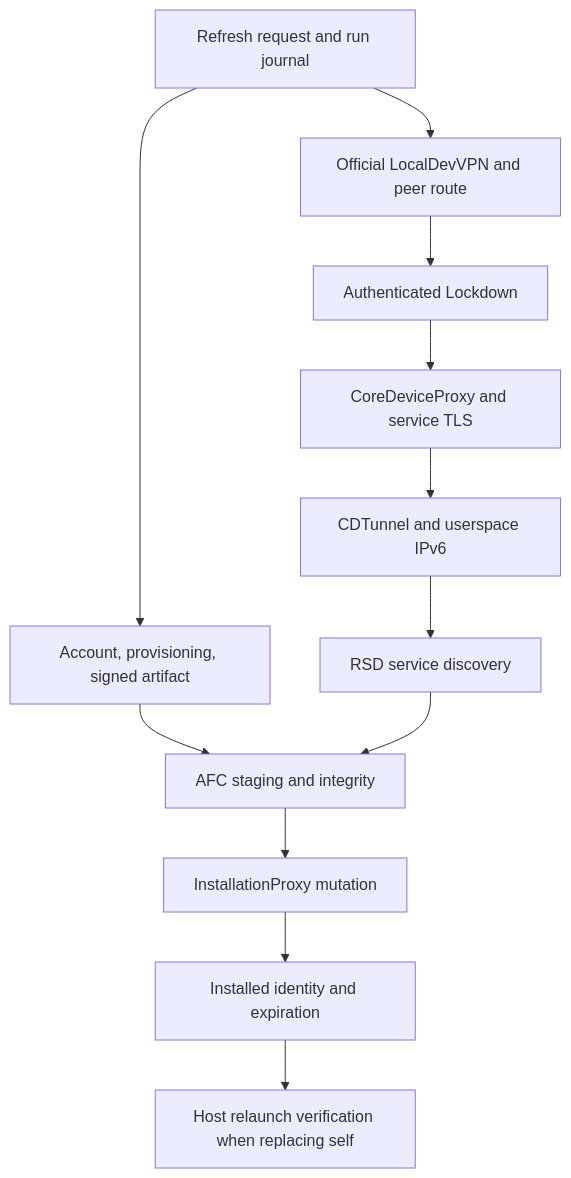
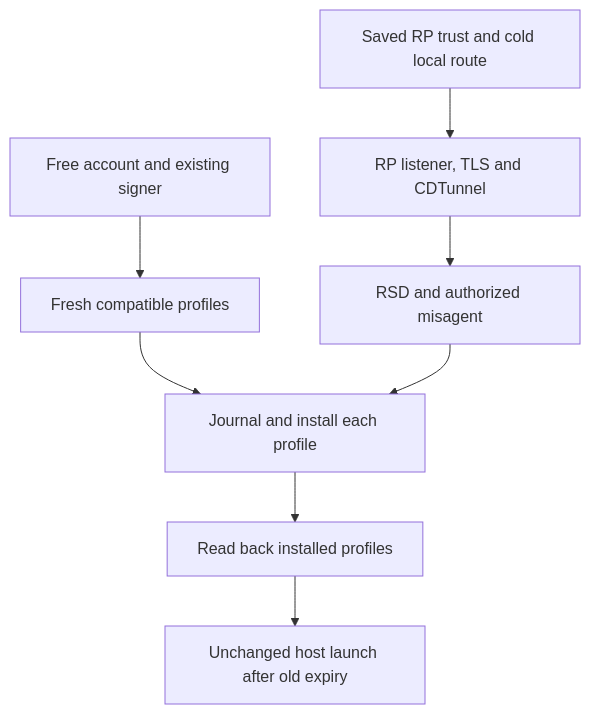
The first of 4 diagrams in docs/research/CELLULAR_REFRESH_FEASIBILITY_AND_RECOVERY_PLAN.md (NRG-Wardog/sidestore-auto-refresh), drawn with Mermaid before and after one commit. The commit also changed other lines of this file and 9 other files, not shown here.

````diff
--- a/docs/research/CELLULAR_REFRESH_FEASIBILITY_AND_RECOVERY_PLAN.md
+++ b/docs/research/CELLULAR_REFRESH_FEASIBILITY_AND_RECOVERY_PLAN.md
@@ -69,14 +239,10 @@
 ```mermaid
 flowchart TD
-    Run["Refresh request and run journal"] --> Prep["Account, provisioning, signed artifact"]
-    Run --> VPN["Official LocalDevVPN and peer route"]
-    VPN --> LD["Authenticated Lockdown"]
-    LD --> CD["CoreDeviceProxy and service TLS"]
-    CD --> Tunnel["CDTunnel and userspace IPv6"]
-    Tunnel --> RSD["RSD service discovery"]
-    Prep --> Stage["AFC staging and integrity"]
-    RSD --> Stage
-    Stage --> Install["InstallationProxy mutation"]
-    Install --> Verify["Installed identity and expiration"]
-    Verify --> Host["Host relaunch verification when replacing self"]
+    Account["Free account and existing signer"] --> Profile["Fresh compatible profiles"]
+    Pair["Saved RP trust and cold local route"] --> Tunnel["RP listener, TLS and CDTunnel"]
+    Tunnel --> Service["RSD and authorized misagent"]
+    Profile --> Mutation["Journal and install each profile"]
+    Service --> Mutation
+    Mutation --> Store["Read back installed profiles"]
+    Store --> Life["Unchanged host launch after old expiry"]
 ```
````
